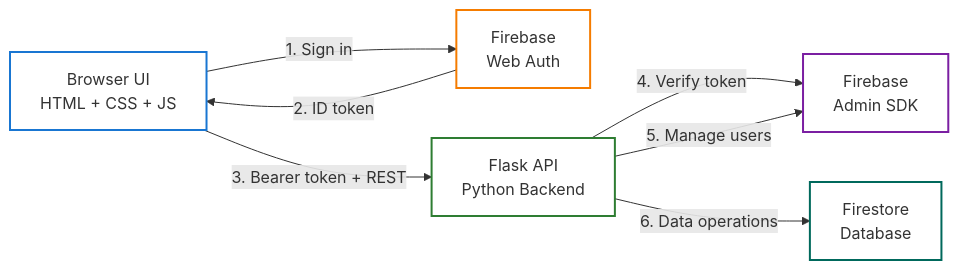
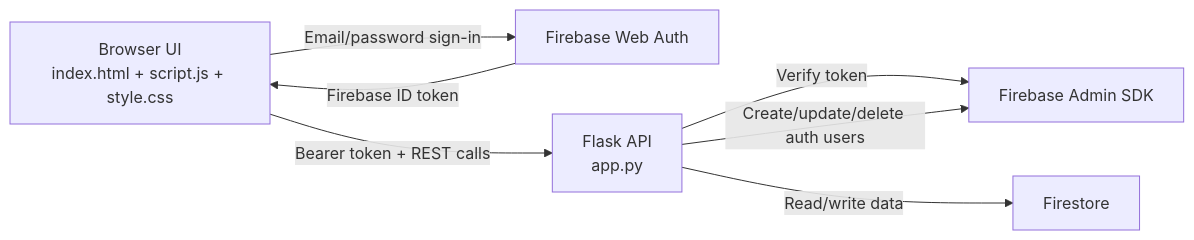
The first of 2 diagrams in README.md (Keerthanm17/attandance_system), drawn with Mermaid before and after one commit.

Commit message:
Readme Update

````diff
--- a/README.md
+++ b/README.md
@@ -52,21 +52,15 @@
 ```mermaid
 flowchart LR
-    A["Browser UI<br/>HTML + CSS + JS"]
-    B["Firebase<br/>Web Auth"]
-    C["Flask API<br/>Python Backend"]
-    D["Firebase<br/>Admin SDK"]
-    E["Firestore<br/>Database"]
+    A[Browser UI<br/>index.html + script.js + style.css]
+    B[Firebase Web Auth]
+    C[Flask API<br/>app.py]
+    D[Firebase Admin SDK]
+    E[Firestore]
 
-    A -->|"1. Sign in"| B
-    B -->|"2. ID token"| A
-    A -->|"3. Bearer token + REST"| C
-    C -->|"4. Verify token"| D
-    C -->|"5. Manage users"| D
-    C -->|"6. Data operations"| E
-
-    style A fill:#ffffff,stroke:#1976d2,stroke-width:2px
-    style B fill:#ffffff,stroke:#f57c00,stroke-width:2px
-    style C fill:#ffffff,stroke:#2e7d32,stroke-width:2px
-    style D fill:#ffffff,stroke:#7b1fa2,stroke-width:2px
-    style E fill:#ffffff,stroke:#00695c,stroke-width:2px
+    A -->|Email/password sign-in| B
+    B -->|Firebase ID token| A
+    A -->|Bearer token + REST calls| C
+    C -->|Verify token| D
+    C -->|Create/update/delete auth users| D
+    C -->|Read/write data| E
 ```
````
